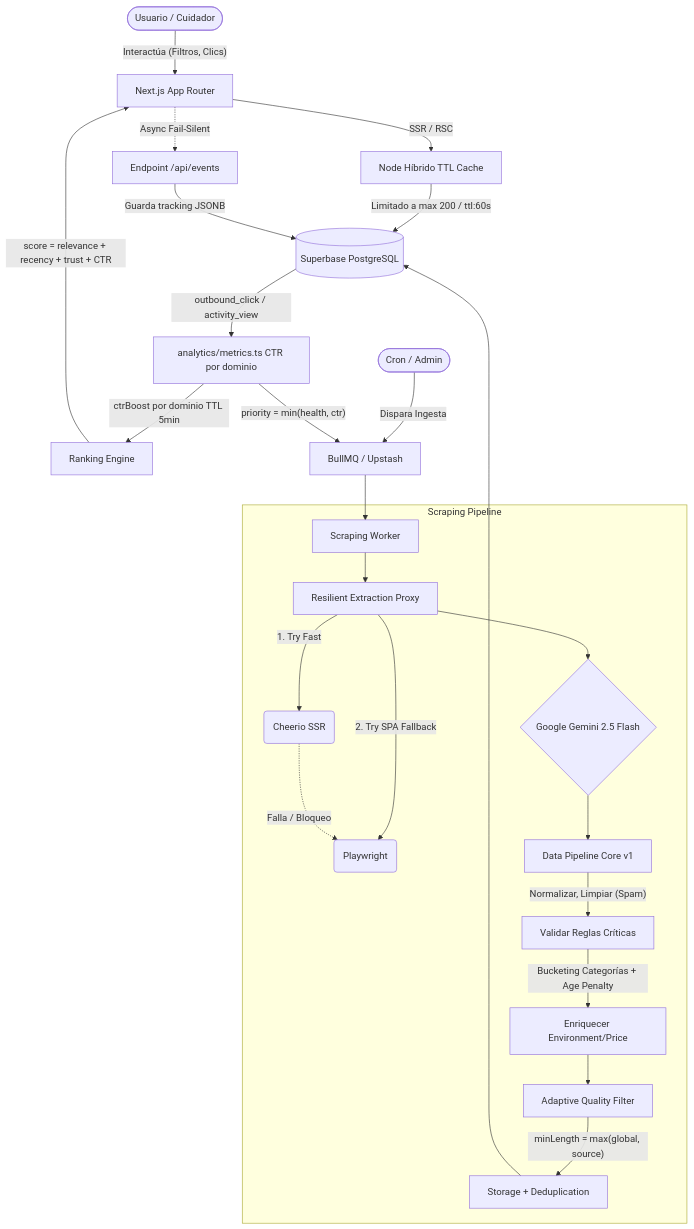
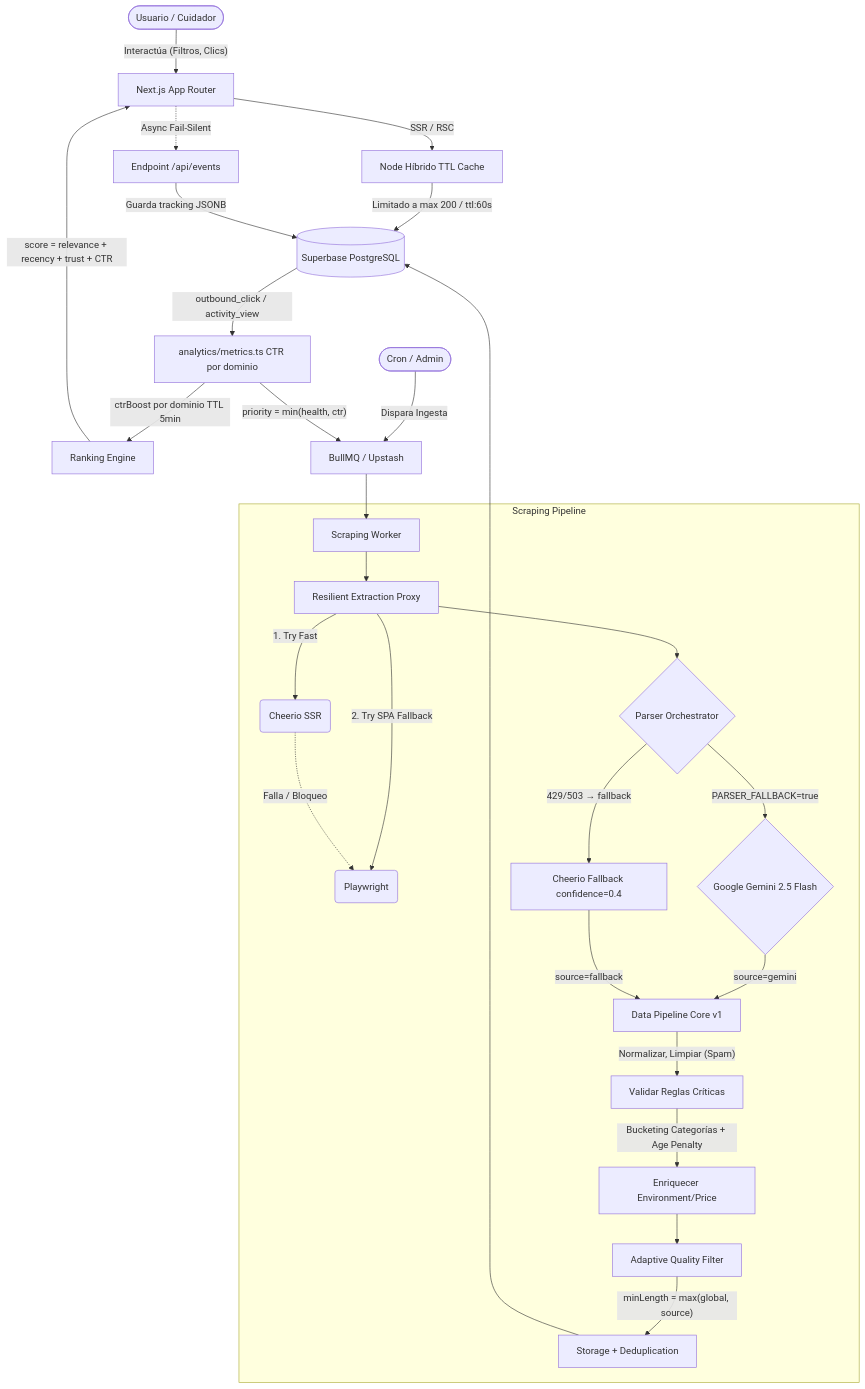
Before and after one commit to Darg9/infantia: the diagram in ARCHITECTURE.md, drawn with Mermaid. The commit also changed other lines of this file and 3 other files, not shown here.

````diff
--- a/ARCHITECTURE.md
+++ b/ARCHITECTURE.md
@@ -18,41 +18,45 @@
 ```mermaid
 flowchart TD
     %% Usuarios y UX
     User([Usuario / Cuidador]) --> |"Interactúa (Filtros, Clics)"| NextJS
     NextJS[Next.js App Router] --> |"SSR / RSC"| HybridCache[Node Híbrido TTL Cache]
     HybridCache --> |"Limitado a max 200 / ttl:60s"| DB[(Superbase PostgreSQL)]
 
     %% Tracker Analytics Zero-Dependency
     NextJS -.-> |"Async Fail-Silent"| EdgeAnalytics[Endpoint /api/events]
     EdgeAnalytics --> |"Guarda tracking JSONB"| DB
 
     %% CTR Feedback Loop (S44)
     DB --> |"outbound_click / activity_view"| CTRMetrics[analytics/metrics.ts CTR por dominio]
     CTRMetrics --> |"ctrBoost por dominio TTL 5min"| RankingEngine[Ranking Engine]
     RankingEngine --> |"score = relevance + recency + trust + CTR"| NextJS
 
     %% Ingesta (Cron / Admin)
     Admin([Cron / Admin]) --> |"Dispara Ingesta"| Queue[BullMQ / Upstash]
     CTRMetrics --> |"priority = min(health, ctr)"| Queue
     Queue --> Worker[Scraping Worker]
 
     %% Resilient Pipeline + Data Pipeline Core v1
     subgraph Scraping Pipeline
        Worker --> Proxy[Resilient Extraction Proxy]
        Proxy --> |"1. Try Fast"| Cheerio(Cheerio SSR)
        Proxy --> |"2. Try SPA Fallback"| Playwright(Playwright)
        Cheerio -.-> |"Falla / Bloqueo"| Playwright
        
-       %% NLP e IA
-       Proxy --> NLP{Google Gemini 2.5 Flash}
-       
+       %% Parser Resiliente (S52)
+       Proxy --> ParserOrch{Parser Orchestrator}
+       ParserOrch --> |"PARSER_FALLBACK=true"| NLP{Google Gemini 2.5 Flash}
+       ParserOrch --> |"429/503 → fallback"| CheerioFallback[Cheerio Fallback confidence=0.4]
+       NLP --> |"source=gemini"| DataPipeline
+       CheerioFallback --> |"source=fallback"| DataPipeline
+
        %% Data Pipeline System V1
-       NLP --> DataPipeline[Data Pipeline Core v1]
+       DataPipeline[Data Pipeline Core v1]
        DataPipeline --> |"Normalizar, Limpiar (Spam)"| DPValidator[Validar Reglas Críticas]
        DPValidator --> |"Bucketing Categorías + Age Penalty"| Enriquecimiento[Enriquecer Environment/Price]
        Enriquecimiento --> AdaptiveFilter[Adaptive Quality Filter]
        AdaptiveFilter --> |"minLength = max(global, source)"| StorageLayer[Storage + Deduplication]
     end
 
     StorageLayer --> DB
 ```
````
